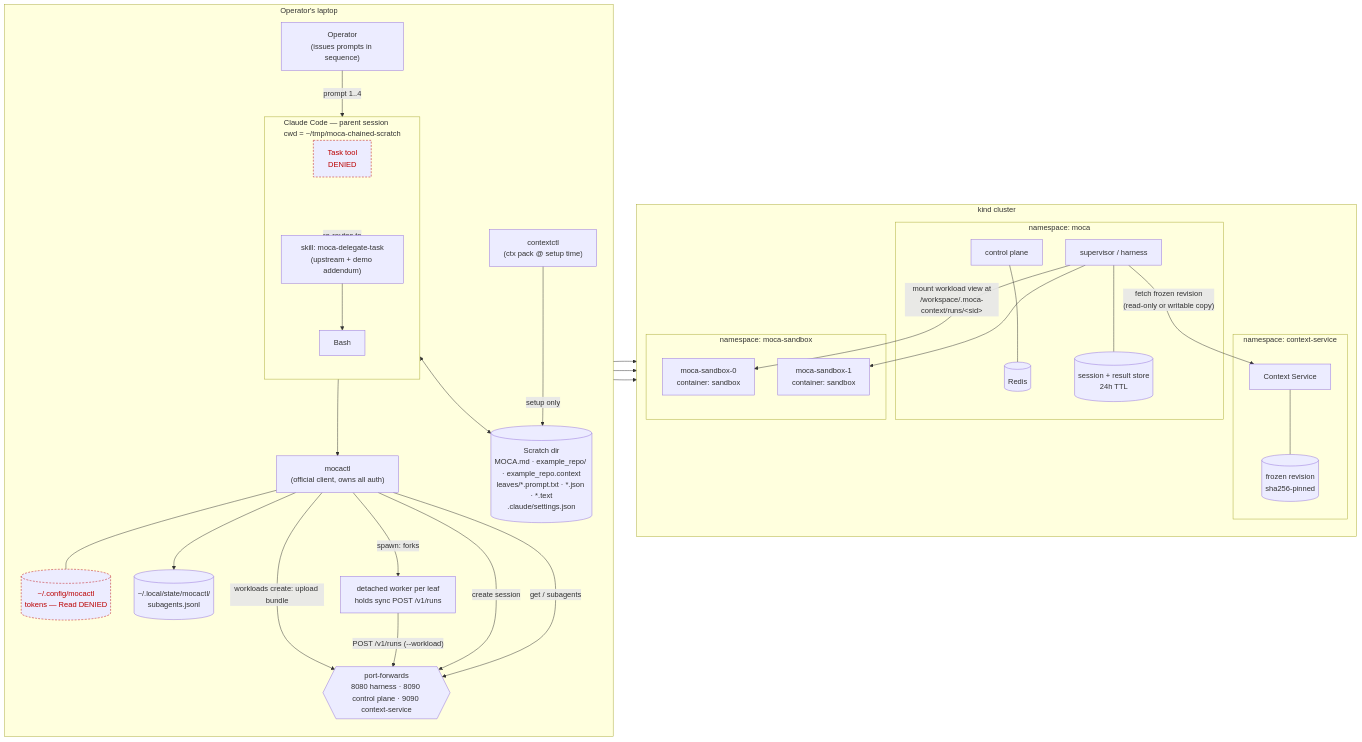
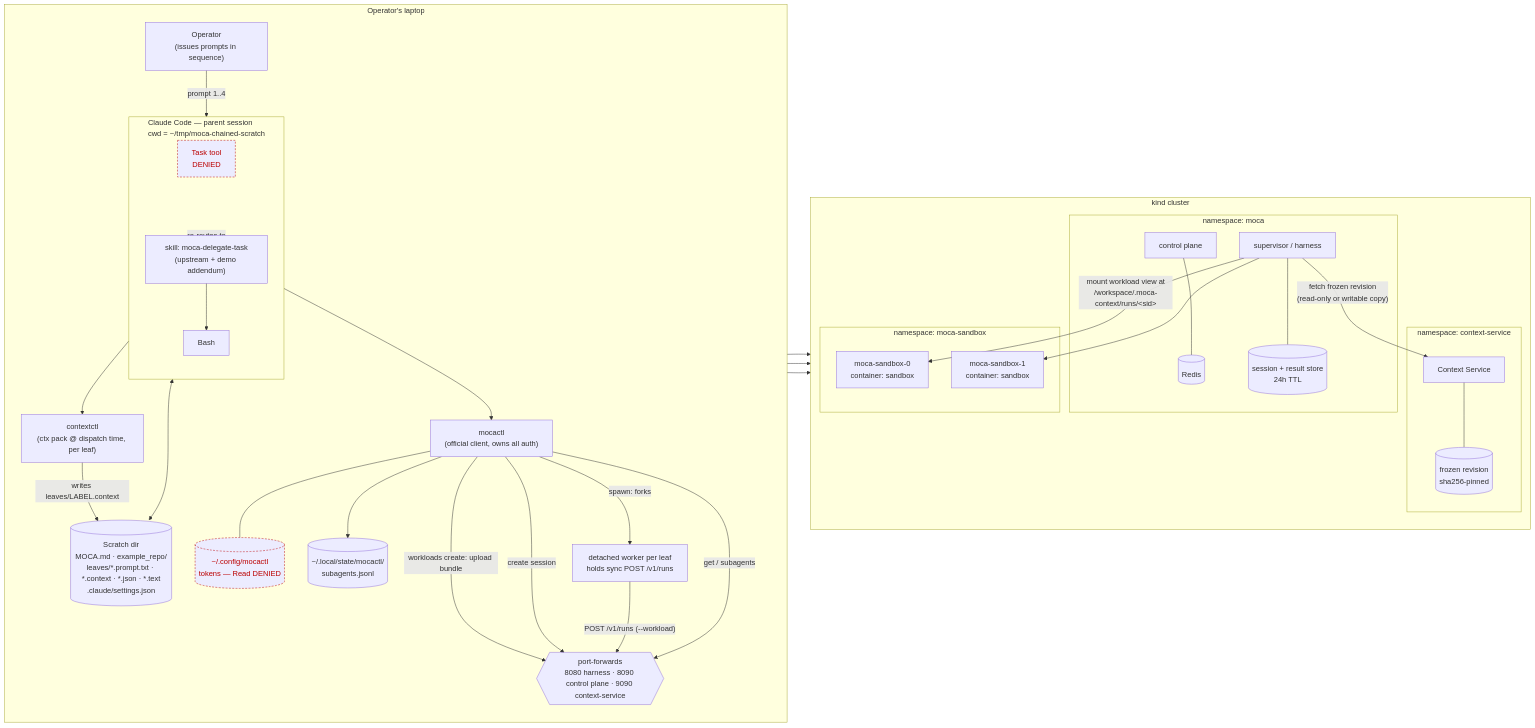
One commit to maia-iyer/kagenti-demos changed the first of 2 diagrams in sandboxing/moca_chained_subagents/ARCHITECTURE.md. Above: the diagram before and after it, drawn with Mermaid. The commit also changed other lines of this file and 5 other files, not shown here.

Commit message:
move context pack to subagent

````diff
--- a/sandboxing/moca_chained_subagents/ARCHITECTURE.md
+++ b/sandboxing/moca_chained_subagents/ARCHITECTURE.md
@@ -10,63 +10,64 @@
 ```mermaid
 flowchart LR
   subgraph laptop["Operator's laptop"]
     direction TB
     OP["Operator<br/>(issues prompts in sequence)"]
     subgraph cc["Claude Code — parent session<br/>cwd = ~/tmp/moca-chained-scratch"]
       direction TB
       TASK["Task tool<br/>DENIED"]:::denied
       SKILL["skill: moca-delegate-task<br/>(upstream + demo addendum)"]
       BASH["Bash"]
     end
-    SCRATCH[("Scratch dir<br/>MOCA.md · example_repo/ · example_repo.context<br/>leaves/*.prompt.txt · *.json · *.text<br/>.claude/settings.json")]
+    SCRATCH[("Scratch dir<br/>MOCA.md · example_repo/<br/>leaves/*.prompt.txt · *.context · *.json · *.text<br/>.claude/settings.json")]
     MOCACTL["mocactl<br/>(official client, owns all auth)"]
-    CTXCTL["contextctl<br/>(ctx pack @ setup time)"]
+    CTXCTL["contextctl<br/>(ctx pack @ dispatch time, per leaf)"]
     LEDGER[("~/.local/state/mocactl/<br/>subagents.jsonl")]
     WORKER["detached worker per leaf<br/>holds sync POST /v1/runs"]
     AUTH[("~/.config/mocactl<br/>tokens — Read DENIED")]:::denied
     PF{{"port-forwards<br/>8080 harness · 8090 control plane · 9090 context-service"}}
   end
 
   subgraph cluster["kind cluster"]
     direction TB
     subgraph nsmoca["namespace: moca"]
       CP["control plane"]
       SUP["supervisor / harness"]
       REDIS[("Redis")]
       RESULTS[("session + result store<br/>24h TTL")]
     end
     subgraph nsctx["namespace: context-service"]
       CS["Context Service"]
       REV[("frozen revision<br/>sha256-pinned")]
     end
     subgraph nssb["namespace: moca-sandbox"]
       POD0["moca-sandbox-0<br/>container: sandbox"]
       POD1["moca-sandbox-1<br/>container: sandbox"]
     end
   end
 
   OP -->|"prompt 1..4"| cc
   cc -.->|"re-routes to"| SKILL
   SKILL --> BASH
   BASH --> MOCACTL
-  CTXCTL -->|"setup only"| SCRATCH
+  BASH --> CTXCTL
+  CTXCTL -->|"writes leaves/LABEL.context"| SCRATCH
   cc <--> SCRATCH
   MOCACTL --- AUTH
   MOCACTL --> LEDGER
   MOCACTL -->|"workloads create: upload bundle"| PF
   MOCACTL -->|"spawn: forks"| WORKER
   MOCACTL -->|"create session"| PF
   WORKER -->|"POST /v1/runs (--workload)"| PF
   MOCACTL -->|"get / subagents"| PF
   PF --> CP
   PF --> SUP
   PF --> CS
   CP --- REDIS
   SUP --- RESULTS
   CS --- REV
   SUP -->|"fetch frozen revision<br/>(read-only or writable copy)"| CS
   SUP -->|"mount workload view at<br/>/workspace/.moca-context/runs/&lt;sid&gt;"| POD0
   SUP --> POD1
 
   classDef denied stroke-dasharray: 4 3,color:#b00,stroke:#b00
 ```
````
